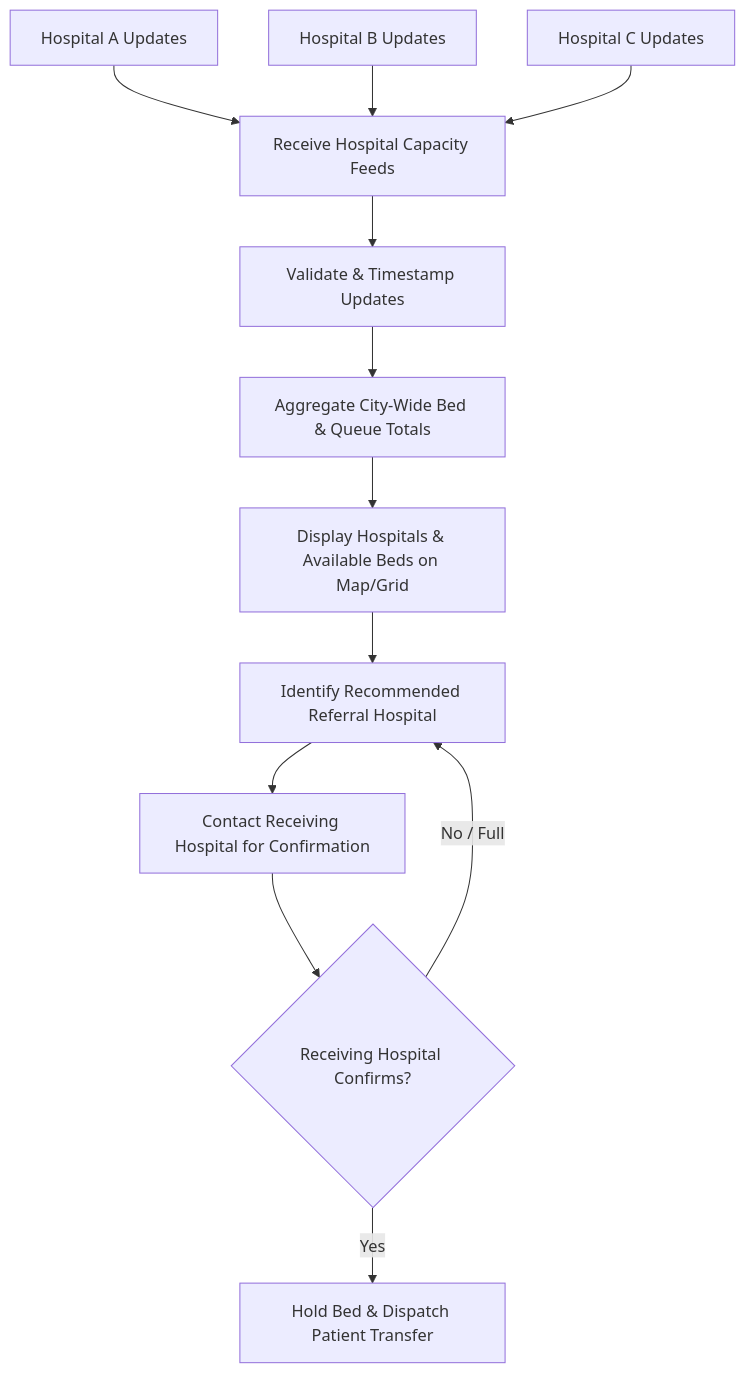
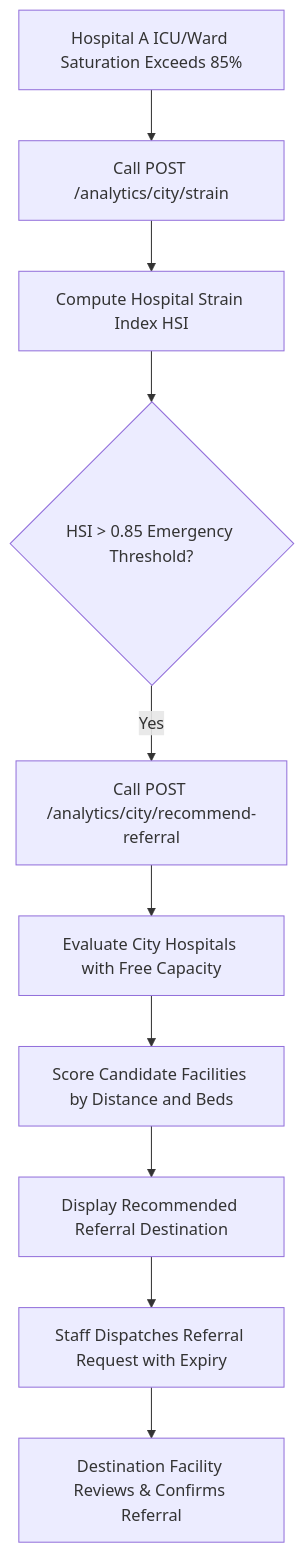
Before and after one commit to Ar1es-XD/AP-Project: the fifth of 6 diagrams in documentation/Hospital_Management_System_Proposal.md, drawn with Mermaid. The commit also changed other lines of this file and 5 other files, not shown here.

Commit message:
docs: update proposal, build plan, and ER diagram to reflect redistributed plan and remove obsolete PDFs

````diff
--- a/documentation/Hospital_Management_System_Proposal.md
+++ b/documentation/Hospital_Management_System_Proposal.md
@@ -790,14 +446,12 @@
 ```mermaid
 flowchart TD
-    A[Hospital A Updates] --> D[Receive Hospital Capacity Feeds]
-    B[Hospital B Updates] --> D
-    C[Hospital C Updates] --> D
-    D --> E[Validate & Timestamp Updates]
-    E --> F[Aggregate City-Wide Bed & Queue Totals]
-    F --> G[Display Hospitals & Available Beds on Map/Grid]
-    G --> H[Identify Recommended Referral Hospital]
-    H --> I[Contact Receiving Hospital for Confirmation]
-    I --> J{Receiving Hospital Confirms?}
-    J -->|Yes| K[Hold Bed & Dispatch Patient Transfer]
-    J -->|"No / Full"| H
+    A[Hospital A ICU/Ward Saturation Exceeds 85%] --> B[Call POST /analytics/city/strain]
+    B --> C[Compute Hospital Strain Index HSI]
+    C --> D{HSI > 0.85 Emergency Threshold?}
+    D -->|Yes| E[Call POST /analytics/city/recommend-referral]
+    E --> F[Evaluate City Hospitals with Free Capacity]
+    F --> G[Score Candidate Facilities by Distance and Beds]
+    G --> H[Display Recommended Referral Destination]
+    H --> I[Staff Dispatches Referral Request with Expiry]
+    I --> J[Destination Facility Reviews & Confirms Referral]
 ```
````
